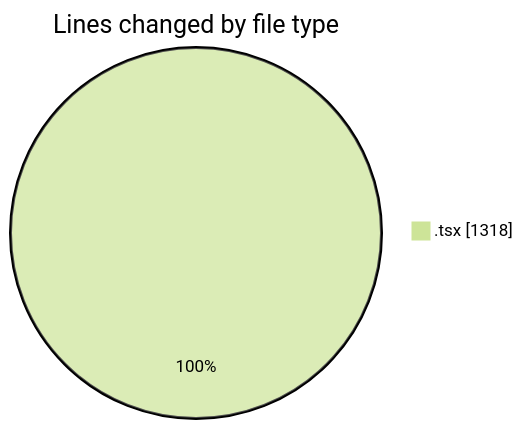
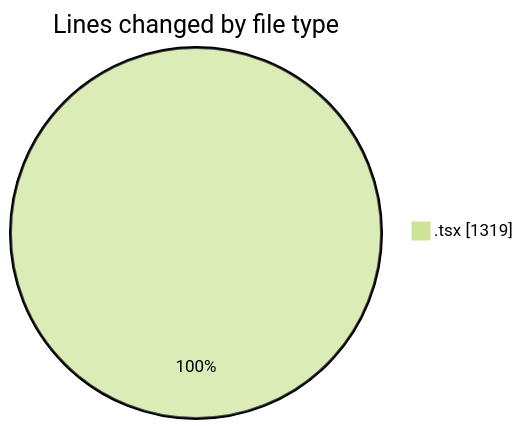
One commit to nxtqubesakshisongat/code-tracking changed the first of 2 diagrams in 2026-02-04/nxtqube_webapp/README.md. Above: the diagram before and after it, drawn with Mermaid (forest theme). The commit also changed other lines of this file and 1 other file, not shown here.

````diff
--- a/2026-02-04/nxtqube_webapp/README.md
+++ b/2026-02-04/nxtqube_webapp/README.md
@@ -20,5 +20,5 @@
 ```mermaid
 pie showData
 title Lines changed by file type
-".tsx" : 1318
+".tsx" : 1319
 ```
````
